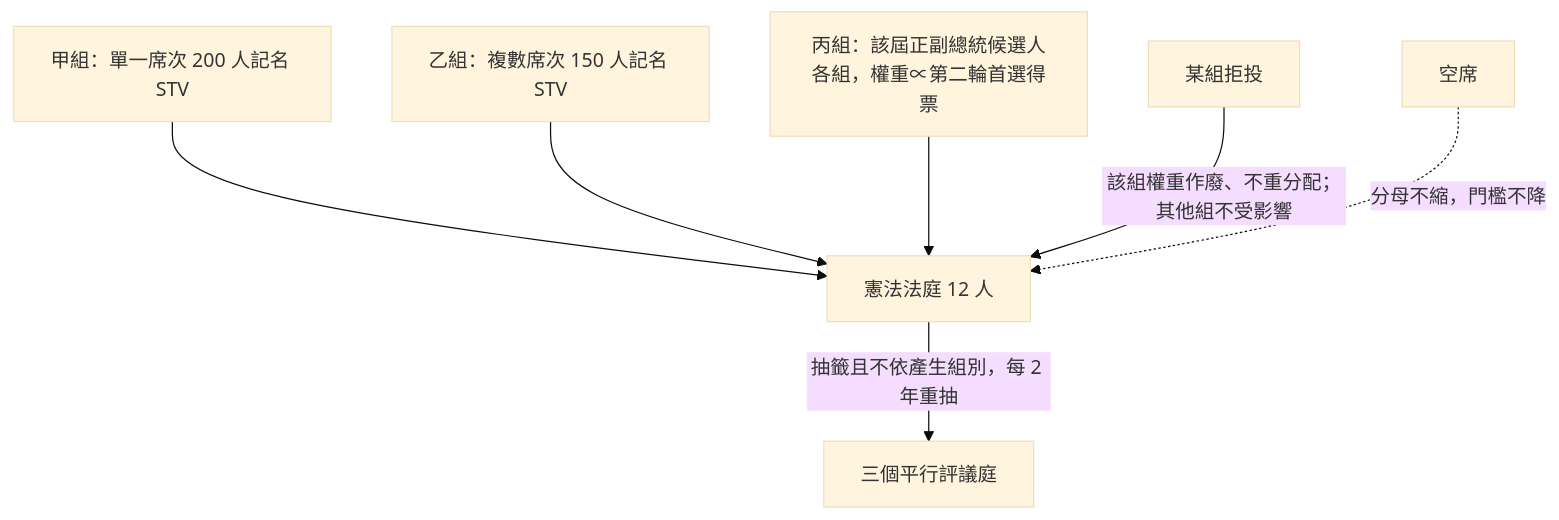
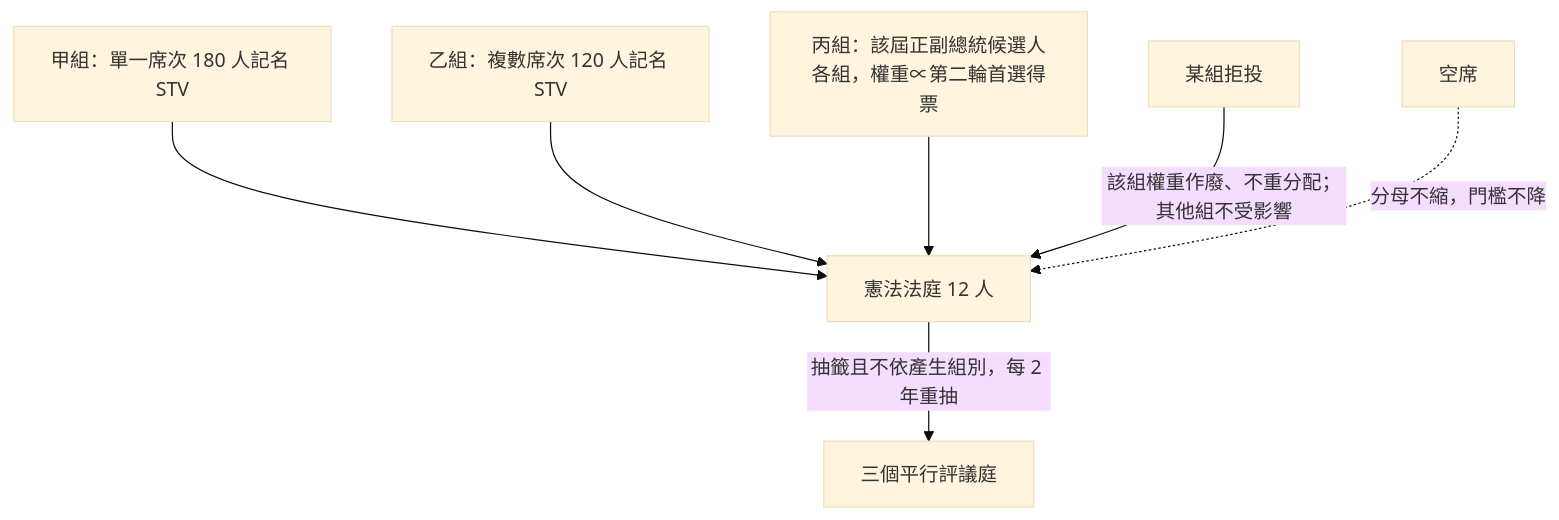
Before and after one commit to IRonROOT578/Political-Economy-Research-Public: the sixth of 11 diagrams in topics/regime-designs/designs/俄羅斯/一院總統制/憲政架構圖.md, drawn with Mermaid (base theme). The commit also changed other lines of this file and 62 other files, not shown here.

````diff
--- a/topics/regime-designs/designs/俄羅斯/一院總統制/憲政架構圖.md
+++ b/topics/regime-designs/designs/俄羅斯/一院總統制/憲政架構圖.md
@@ -79,9 +79,9 @@
 ```mermaid
 flowchart TD
-  A[甲組：單一席次 200 人記名 STV] --> Seats[憲法法庭 12 人]
-  B[乙組：複數席次 150 人記名 STV] --> Seats
+  A[甲組：單一席次 180 人記名 STV] --> Seats[憲法法庭 12 人]
+  B[乙組：複數席次 120 人記名 STV] --> Seats
   C[丙組：該屆正副總統候選人各組，權重∝第二輪首選得票] --> Seats
   Boy[某組拒投] -->|該組權重作廢、不重分配；其他組不受影響| Seats
   Vac[空席] -.->|分母不縮，門檻不降| Seats
   Seats -->|抽籤且不依產生組別，每 2 年重抽| Panels[三個平行評議庭]
 ```
````
